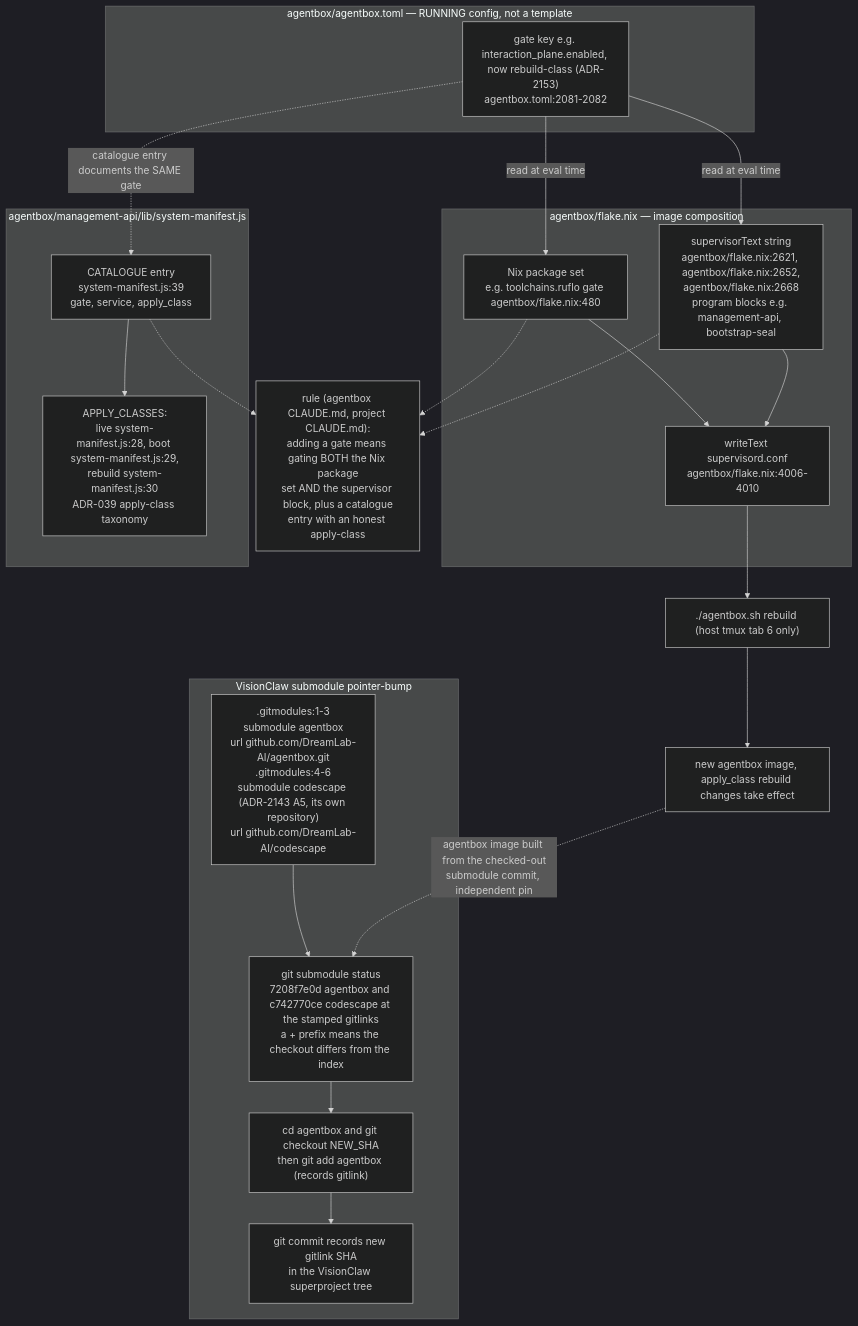
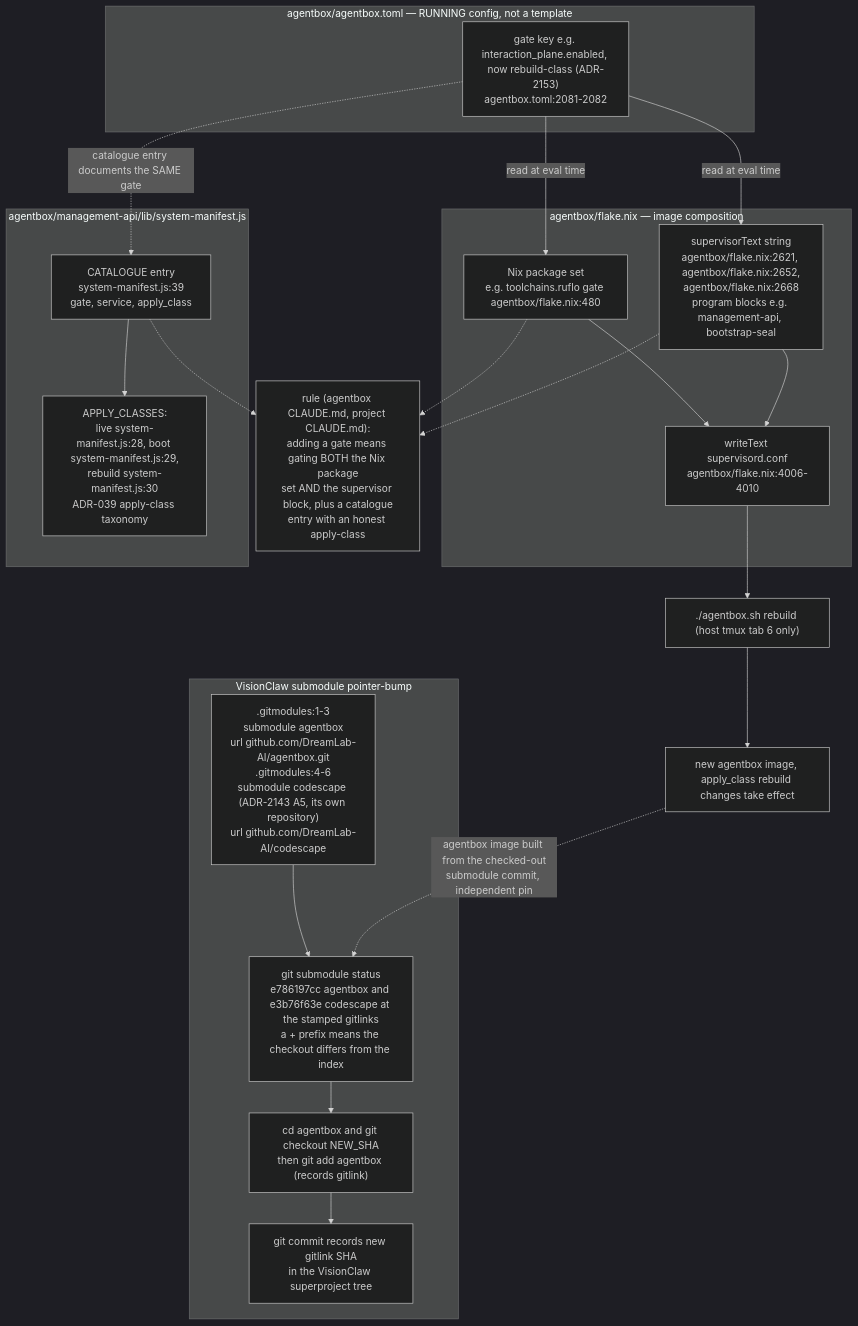
Before and after one commit to DreamLab-AI/VisionFlow: the tenth of 24 diagrams in docs/diagrams/estate/09-build-deploy-and-ci-estate.md, drawn with Mermaid (dark theme). The commit also changed other lines of this file and 151 other files, not shown here.

````diff
--- a/docs/diagrams/estate/09-build-deploy-and-ci-estate.md
+++ b/docs/diagrams/estate/09-build-deploy-and-ci-estate.md
@@ -386,42 +387,42 @@
 ```mermaid
 flowchart TB
     subgraph FLAKE["agentbox/flake.nix — image composition"]
         NIXPKG["Nix package set<br/>e.g. toolchains.ruflo gate agentbox/flake.nix:480"]
         SUPTEXT["supervisorText string<br/>agentbox/flake.nix:2621, agentbox/flake.nix:2652,<br/>agentbox/flake.nix:2668<br/>program blocks e.g. management-api, bootstrap-seal"]
         SUPWRITE["writeText supervisord.conf<br/>agentbox/flake.nix:4006-4010"]
     end
     subgraph TOML["agentbox/agentbox.toml — RUNNING config, not a template"]
         GATEKEY["gate key e.g. interaction_plane.enabled, now rebuild-class (ADR-2153)<br/>agentbox.toml:2081-2082"]
     end
     subgraph MANIFEST["agentbox/management-api/lib/system-manifest.js"]
         CATALOGUE["CATALOGUE entry<br/>system-manifest.js:39<br/>gate, service, apply_class"]
         APPLYCLASS["APPLY_CLASSES:<br/>live system-manifest.js:28, boot system-manifest.js:29,<br/>rebuild system-manifest.js:30<br/>ADR-039 apply-class taxonomy"]
     end
 
     GATEKEY -->|"read at eval time"| NIXPKG
     GATEKEY -->|"read at eval time"| SUPTEXT
     NIXPKG --> SUPWRITE
     SUPTEXT --> SUPWRITE
     GATEKEY -.->|"catalogue entry documents the SAME gate"| CATALOGUE
     CATALOGUE --> APPLYCLASS
 
     RULE["rule (agentbox CLAUDE.md, project CLAUDE.md):<br/>adding a gate means gating BOTH the Nix package<br/>set AND the supervisor block, plus a catalogue<br/>entry with an honest apply-class"]
     NIXPKG -.-> RULE
     SUPTEXT -.-> RULE
     CATALOGUE -.-> RULE
 
     REBUILD["./agentbox.sh rebuild (host tmux tab 6 only)"]
     SUPWRITE --> REBUILD
     REBUILD --> IMAGE["new agentbox image, apply_class rebuild changes take effect"]
 
     subgraph SUBMOD["VisionClaw submodule pointer-bump"]
         GITMODULES[".gitmodules:1-3<br/>submodule agentbox<br/>url github.com/DreamLab-AI/agentbox.git<br/>.gitmodules:4-6<br/>submodule codescape (ADR-2143 A5, its own repository)<br/>url github.com/DreamLab-AI/codescape"]
-        SUBSTATUS["git submodule status<br/>7208f7e0d agentbox and c742770ce codescape at the stamped gitlinks<br/>a + prefix means the checkout differs from the index"]
+        SUBSTATUS["git submodule status<br/>e786197cc agentbox and e3b76f63e codescape at the stamped gitlinks<br/>a + prefix means the checkout differs from the index"]
         SUBUPDATE["cd agentbox and git checkout NEW_SHA<br/>then git add agentbox (records gitlink)"]
         SUBCOMMIT["git commit records new gitlink SHA<br/>in the VisionClaw superproject tree"]
     end
     GITMODULES --> SUBSTATUS
     SUBSTATUS --> SUBUPDATE
     SUBUPDATE --> SUBCOMMIT
     IMAGE -.->|"agentbox image built from the checked-out<br/>submodule commit, independent pin"| SUBSTATUS
 ```
````
